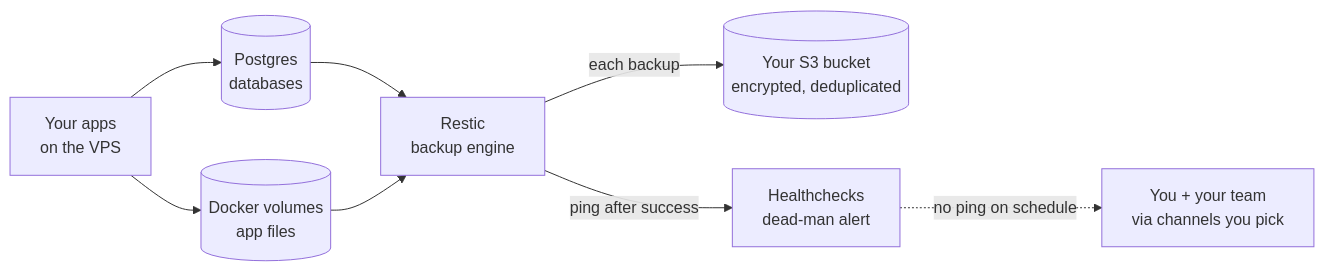
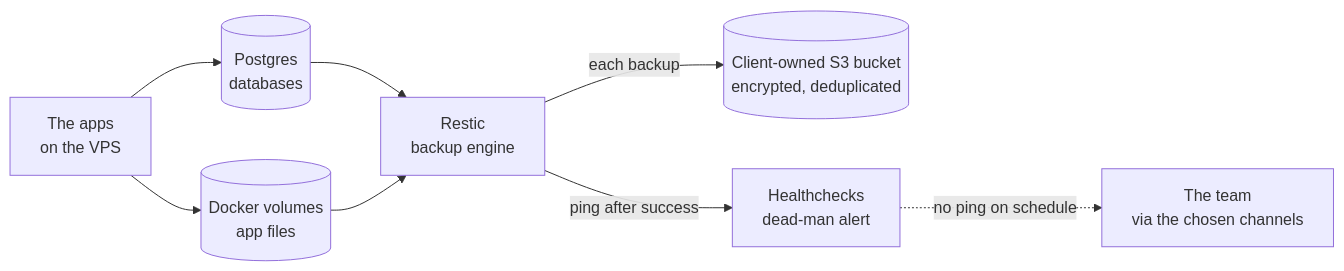
Before and after one commit to catenahq/docs: the second of 2 diagrams in src/content/docs/en/how-this-stack-works.md, drawn with Mermaid. The commit also changed other lines of this file and 2 other files, not shown here.

First line of the commit message:
docs(voice): convert the architecture tour

````diff
--- a/src/content/docs/en/how-this-stack-works.md
+++ b/src/content/docs/en/how-this-stack-works.md
@@ -69,18 +69,18 @@
 ```mermaid
 flowchart LR
-    APPS[Your apps<br/>on the VPS]
+    APPS[The apps<br/>on the VPS]
     PG[(Postgres<br/>databases)]
     VOL[(Docker volumes<br/>app files)]
     RESTIC[Restic<br/>backup engine]
-    S3[(Your S3 bucket<br/>encrypted, deduplicated)]
+    S3[(Client-owned S3 bucket<br/>encrypted, deduplicated)]
     HC[Healthchecks<br/>dead-man alert]
-    YOU[You + your team<br/>via channels you pick]
+    TEAM[The team<br/>via the chosen channels]
 
     APPS --> PG
     APPS --> VOL
     PG --> RESTIC
     VOL --> RESTIC
     RESTIC -->|each backup| S3
     RESTIC -->|ping after success| HC
-    HC -.->|no ping on schedule| YOU
+    HC -.->|no ping on schedule| TEAM
 ```
````
